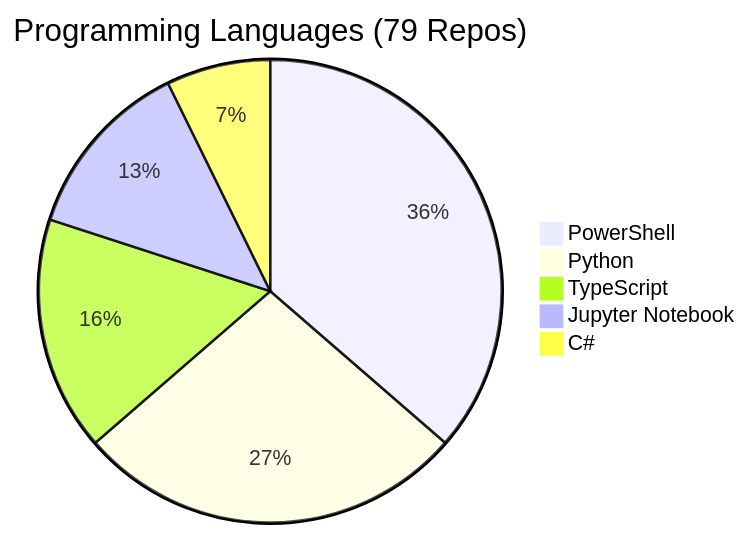
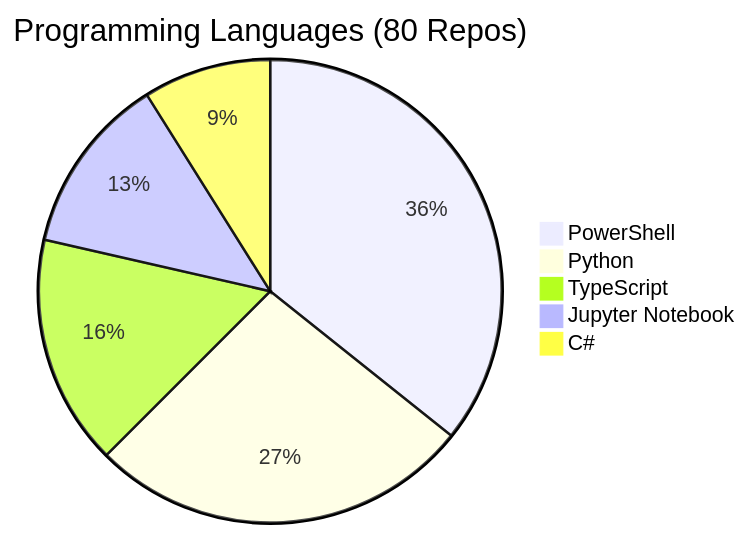
One commit to fabioc-aloha/fabioc-aloha changed the diagram in REPOS.md. Above: the diagram before and after it, drawn with Mermaid. The commit also changed other lines of this file and 1 other file, not shown here.

````diff
--- a/REPOS.md
+++ b/REPOS.md
@@ -122,8 +123,8 @@
 ```mermaid
-pie title Programming Languages (79 Repos)
+pie title Programming Languages (80 Repos)
     "PowerShell" : 20
     "Python" : 15
     "TypeScript" : 9
     "Jupyter Notebook" : 7
-    "C#" : 4
+    "C#" : 5
 ```
````
